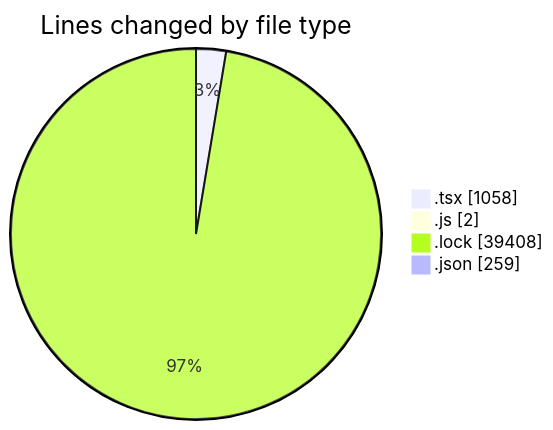
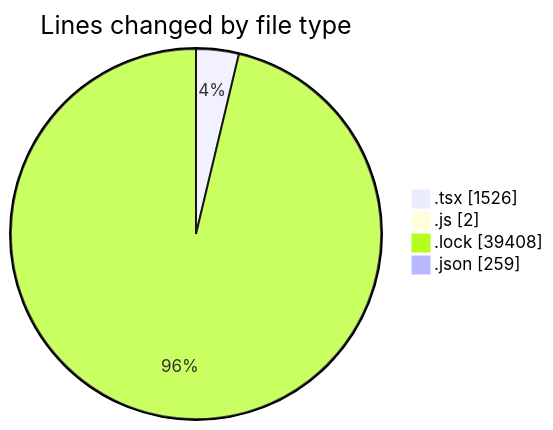
Before and after one commit to momahboobian/code-tracking: the first of 2 diagrams in 2026-05-15/cda/README.md, drawn with Mermaid. The commit also changed other lines of this file and 1 other file, not shown here.

````diff
--- a/2026-05-15/cda/README.md
+++ b/2026-05-15/cda/README.md
@@ -31,8 +35,8 @@
 ```mermaid
 pie showData
 title Lines changed by file type
-".tsx" : 1058
+".tsx" : 1526
 ".js" : 2
 ".lock" : 39408
 ".json" : 259
 ```
````
